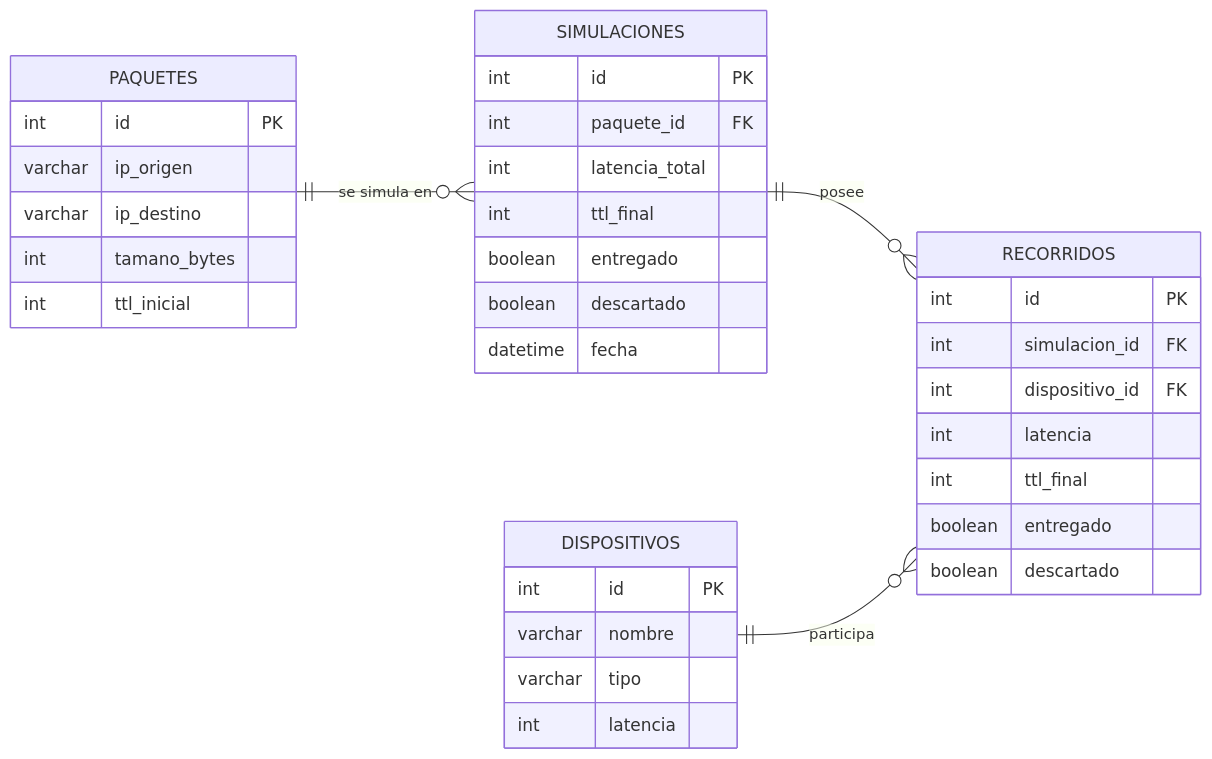
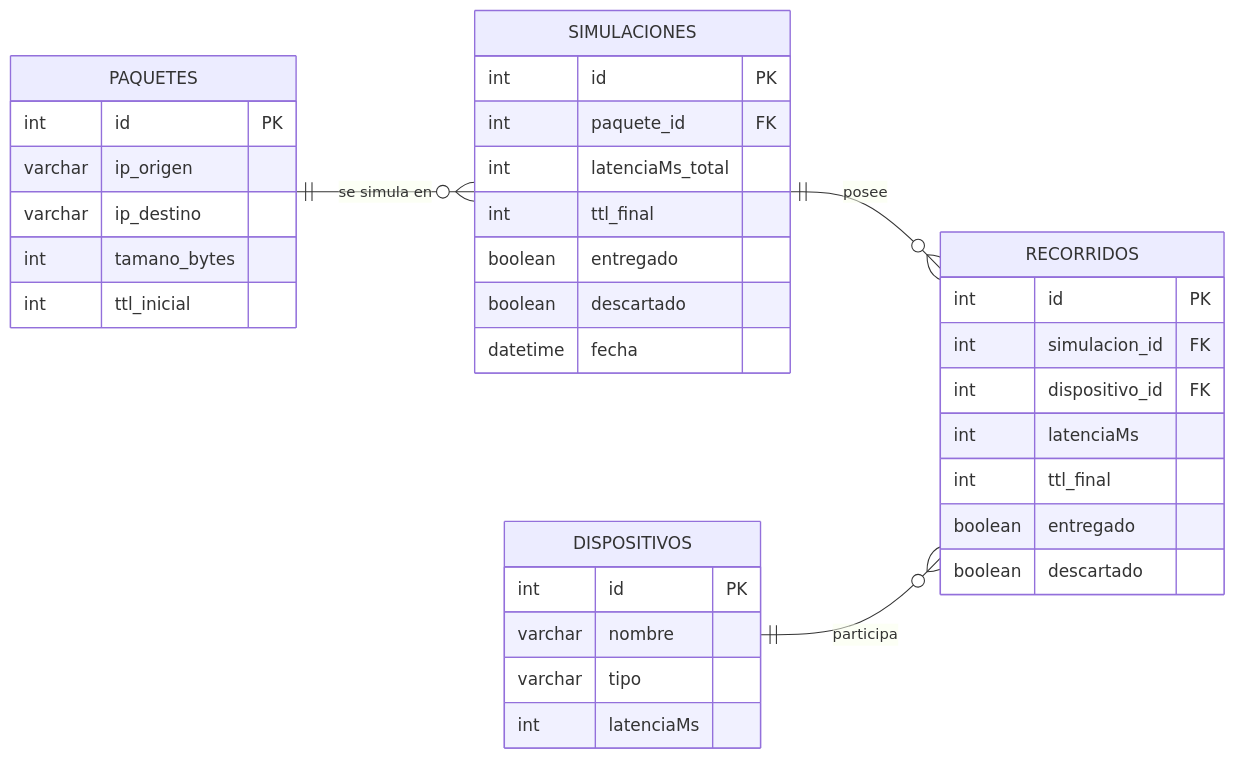
Before and after one commit to kelomire/Datos_en_Transito: the diagram in DER.md, drawn with Mermaid. The commit also changed 30 other files, not shown here.

````diff
--- a/DER.md
+++ b/DER.md
@@ -3,43 +3,43 @@
 ```mermaid
 erDiagram
     direction LR
 
     DISPOSITIVOS {
         int id PK
         varchar nombre
         varchar tipo
-        int latencia
+        int latenciaMs
     }
 
     PAQUETES {
         int id PK
         varchar ip_origen
         varchar ip_destino
         int tamano_bytes
         int ttl_inicial
     }
 
     SIMULACIONES {
         int id PK
         int paquete_id FK
-        int latencia_total
+        int latenciaMs_total
         int ttl_final
         boolean entregado
         boolean descartado
         datetime fecha
     }
 
     RECORRIDOS {
         int id PK
         int simulacion_id FK
         int dispositivo_id FK
-        int latencia
+        int latenciaMs
         int ttl_final
         boolean entregado
         boolean descartado
     }
 
     PAQUETES ||--o{ SIMULACIONES : "se simula en"
     SIMULACIONES ||--o{ RECORRIDOS : posee
     DISPOSITIVOS ||--o{ RECORRIDOS : participa
 ```
````
